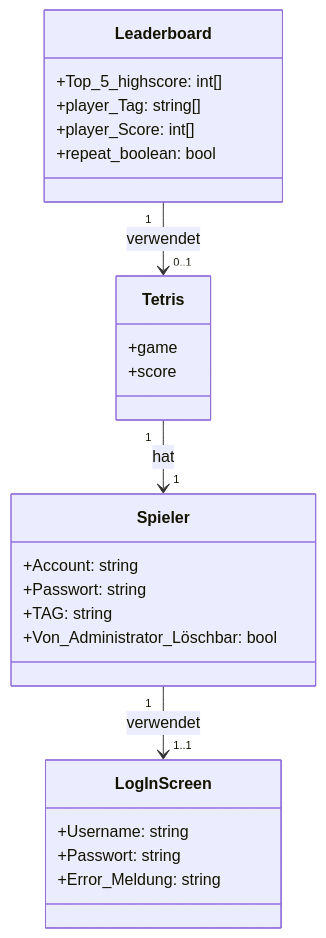
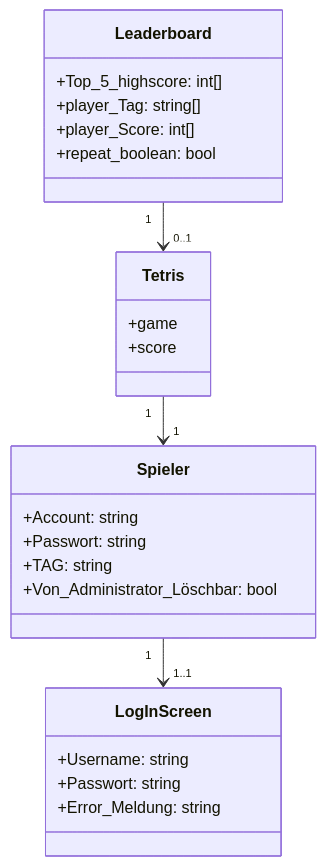
Before and after one commit to LordAlendAita/Tetris_2.0: the diagram in README.md, drawn with Mermaid.

````diff
--- a/README.md
+++ b/README.md
@@ -1,31 +1,31 @@
 ``` mermaid
 classDiagram
     class Spieler {
         +Account: string
         +Passwort: string
         +TAG: string
         +Von_Administrator_Löschbar: bool
     }
 
     class LogInScreen {
         +Username: string
         +Passwort: string
         +Error_Meldung: string
     }
 
     class Tetris {
         +game
         +score
     }
 
     class Leaderboard {
         +Top_5_highscore: int[]
         +player_Tag: string[]
         +player_Score: int[]
         +repeat_boolean: bool
     }
 
-    Spieler "1" --> "1..1" LogInScreen : verwendet
-    Tetris "1" --> "1" Spieler : hat
-    Leaderboard "1" --> "0..1" Tetris : verwendet
+    Spieler "1" --> "1..1" LogInScreen
+    Tetris "1" --> "1" Spieler
+    Leaderboard "1" --> "0..1" Tetris
 ```
````
